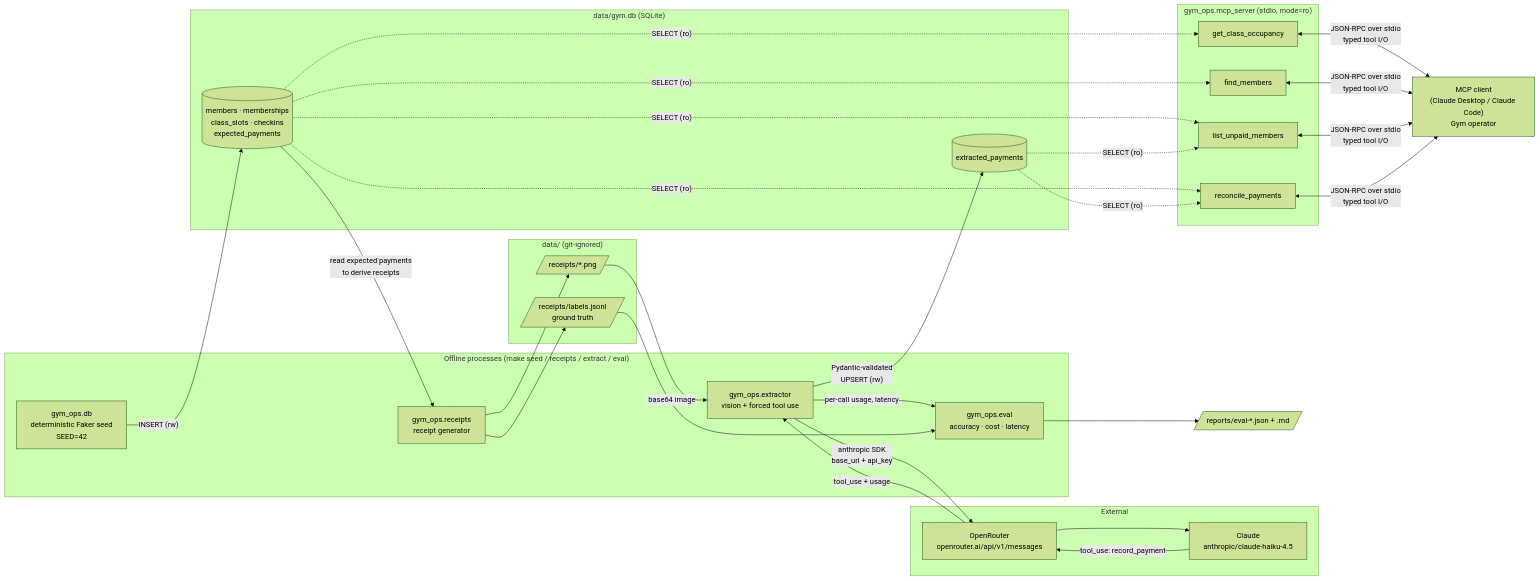
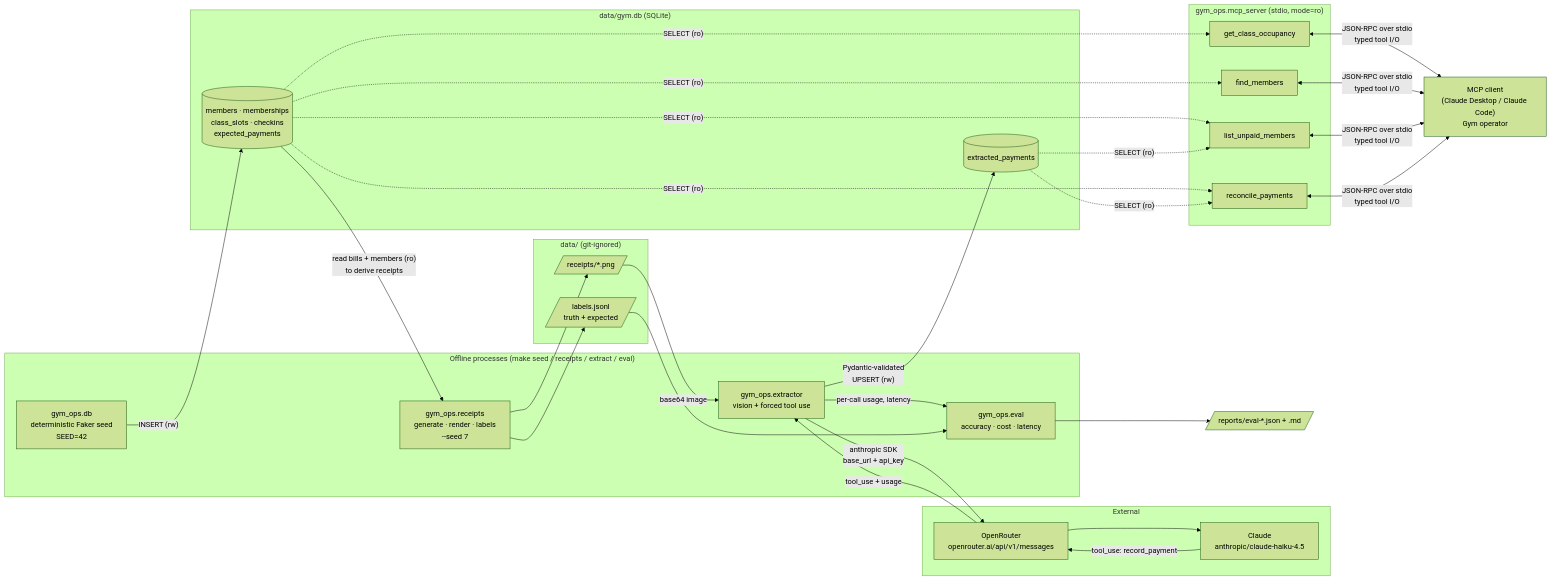
Before and after one commit to StonishVicer/gym-ops-agent: the first of 3 diagrams in docs/architecture.md, drawn with Mermaid (forest theme). The commit also changed other lines of this file and 15 other files, not shown here.

First line of the commit message:
feat(receipts): deterministic synthetic receipt generator with ground truth

````diff
--- a/docs/architecture.md
+++ b/docs/architecture.md
@@ -7,57 +7,57 @@
 ```mermaid
 flowchart LR
     subgraph offline["Offline processes (make seed / receipts / extract / eval)"]
         SEED["gym_ops.db<br/>deterministic Faker seed<br/>SEED=42"]
-        GEN["gym_ops.receipts<br/>receipt generator"]
+        GEN["gym_ops.receipts<br/>generate · render · labels<br/>--seed 7"]
         EXT["gym_ops.extractor<br/>vision + forced tool use"]
         EVAL["gym_ops.eval<br/>accuracy · cost · latency"]
     end
 
     subgraph files["data/ (git-ignored)"]
         IMG[/"receipts/*.png"/]
-        LBL[/"receipts/labels.jsonl<br/>ground truth"/]
+        LBL[/"labels.jsonl<br/>truth + expected"/]
     end
 
     REP[/"reports/eval-*.json + .md"/]
 
     subgraph db["data/gym.db (SQLite)"]
         CORE[("members · memberships<br/>class_slots · checkins<br/>expected_payments")]
         XP[("extracted_payments")]
     end
 
     subgraph ext["External"]
         OR["OpenRouter<br/>openrouter.ai/api/v1/messages"]
         CL["Claude<br/>anthropic/claude-haiku-4.5"]
     end
 
     subgraph mcp["gym_ops.mcp_server (stdio, mode=ro)"]
         T1["get_class_occupancy"]
         T2["find_members"]
         T3["list_unpaid_members"]
         T4["reconcile_payments"]
     end
 
     CLIENT["MCP client<br/>(Claude Desktop / Claude Code)<br/>Gym operator"]
 
     SEED -->|"INSERT (rw)"| CORE
-    CORE -->|"read expected payments<br/>to derive receipts"| GEN
+    CORE -->|"read bills + members (ro)<br/>to derive receipts"| GEN
     GEN --> IMG
     GEN --> LBL
     IMG -->|"base64 image"| EXT
     EXT -->|"anthropic SDK<br/>base_url + api_key"| OR
     OR --> CL
     CL -->|"tool_use: record_payment"| OR
     OR -->|"tool_use + usage"| EXT
     EXT -->|"Pydantic-validated<br/>UPSERT (rw)"| XP
     EXT -->|"per-call usage, latency"| EVAL
     LBL --> EVAL
     EVAL --> REP
 
     CORE -. "SELECT (ro)" .-> T1
     CORE -. "SELECT (ro)" .-> T2
     CORE -. "SELECT (ro)" .-> T3
     CORE -. "SELECT (ro)" .-> T4
     XP -. "SELECT (ro)" .-> T3
     XP -. "SELECT (ro)" .-> T4
     T1 & T2 & T3 & T4 <-->|"JSON-RPC over stdio<br/>typed tool I/O"| CLIENT
 ```
````
